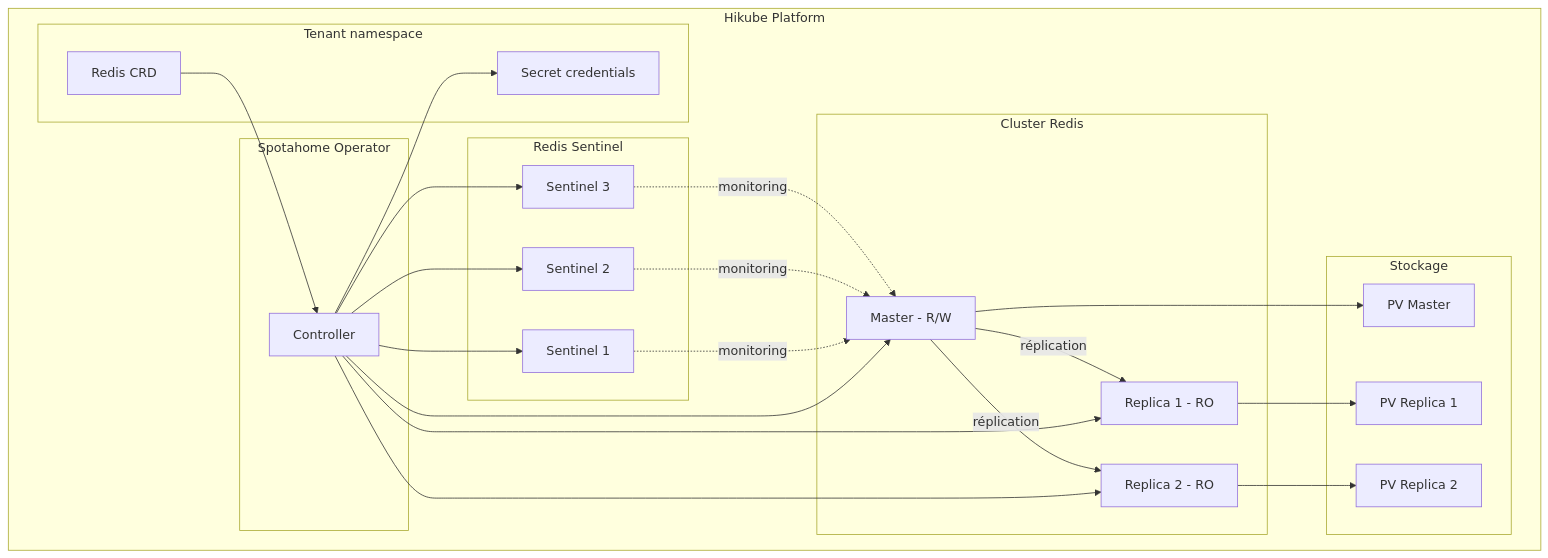
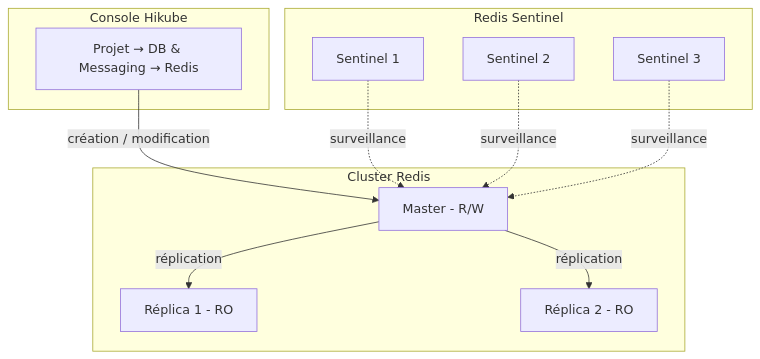
One commit to HidoraSwiss/hikube-public-doc changed the first of 2 diagrams in docs/services/databases/redis/concepts.md. Above: the diagram before and after it, drawn with Mermaid. The commit also changed other lines of this file and 59 other files, not shown here.

Commit message:
docs(databases): console pour PostgreSQL et Redis, MySQL renommé MariaDB, ajout de MongoDB

````diff
--- a/docs/services/databases/redis/concepts.md
+++ b/docs/services/databases/redis/concepts.md
@@ -12,48 +12,25 @@
 ```mermaid
 graph TB
-    subgraph "Hikube Platform"
-        subgraph "Tenant namespace"
-            CR[Redis CRD]
-            SEC[Secret credentials]
-        end
-
-        subgraph "Spotahome Operator"
-            OP[Controller]
-        end
-
-        subgraph "Cluster Redis"
-            M[Master - R/W]
-            R1[Replica 1 - RO]
-            R2[Replica 2 - RO]
-        end
-
-        subgraph "Redis Sentinel"
-            S1[Sentinel 1]
-            S2[Sentinel 2]
-            S3[Sentinel 3]
-        end
-
-        subgraph "Stockage"
-            PV1[PV Master]
-            PV2[PV Replica 1]
-            PV3[PV Replica 2]
-        end
+    subgraph "Console Hikube"
+        UI[Projet → DB & Messaging → Redis]
     end
 
-    CR --> OP
-    OP --> M
-    OP --> R1
-    OP --> R2
-    OP --> S1
-    OP --> S2
-    OP --> S3
+    subgraph "Cluster Redis"
+        M[Master - R/W]
+        R1[Réplica 1 - RO]
+        R2[Réplica 2 - RO]
+    end
+
+    subgraph "Redis Sentinel"
+        S1[Sentinel 1]
+        S2[Sentinel 2]
+        S3[Sentinel 3]
+    end
+
+    UI -->|création / modification| M
     M -->|réplication| R1
     M -->|réplication| R2
-    S1 -.->|monitoring| M
-    S2 -.->|monitoring| M
-    S3 -.->|monitoring| M
-    M --> PV1
-    R1 --> PV2
-    R2 --> PV3
-    OP --> SEC
+    S1 -.->|surveillance| M
+    S2 -.->|surveillance| M
+    S3 -.->|surveillance| M
 ```
````
